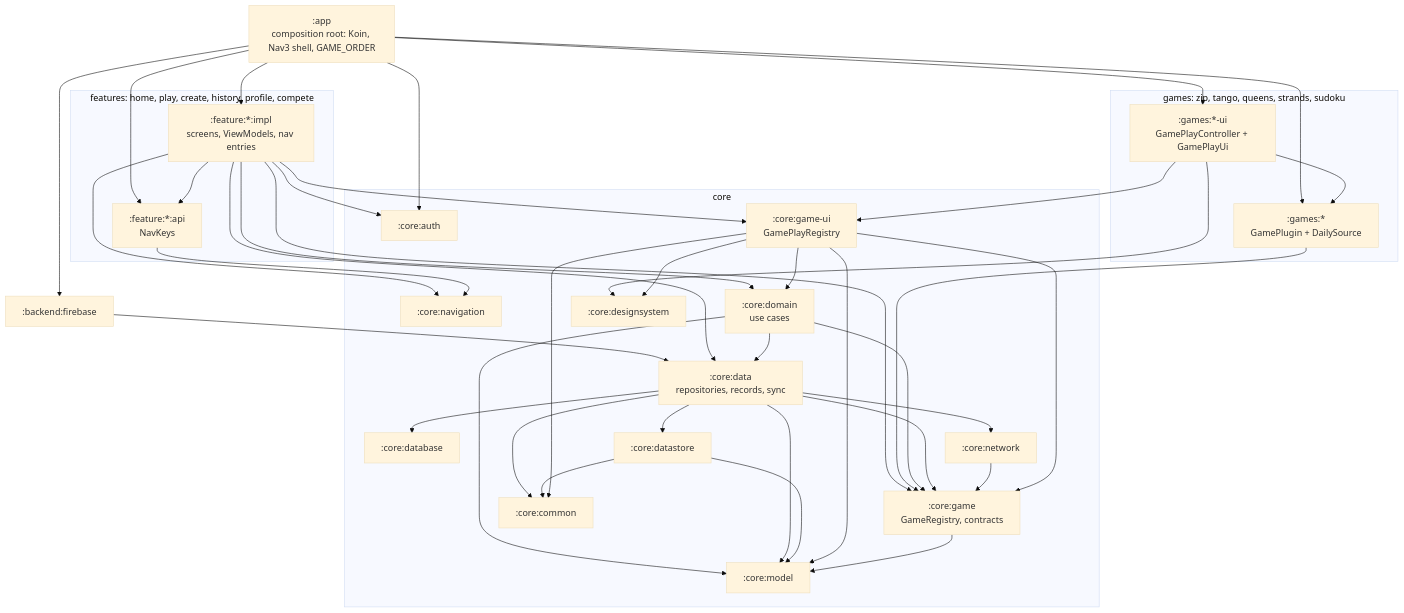
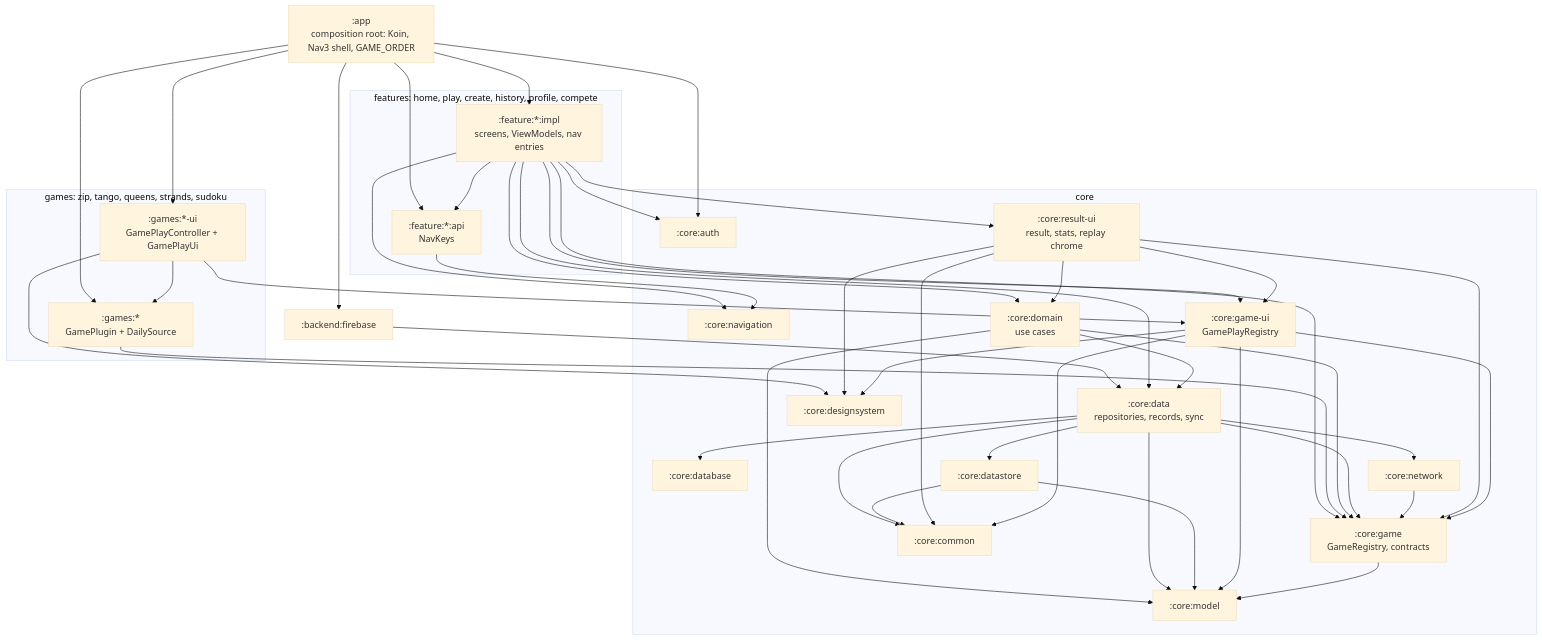
Before and after one commit to ivanDsky/PuzzleBox: the diagram in README.md, drawn with Mermaid (base theme). The commit also changed 6 other files, not shown here.

First line of the commit message:
refactor(game-ui): drop the domain edge and guard the core layer order (ADR-0034) (#1695)

````diff
--- a/README.md
+++ b/README.md
@@ -92,45 +92,47 @@
 ```mermaid
 graph TD
     app[":app<br/>composition root: Koin, Nav3 shell, GAME_ORDER"]
     backend[":backend:firebase"]
 
     subgraph features["features: home, play, create, history, profile, compete"]
         impl[":feature:*:impl<br/>screens, ViewModels, nav entries"]
         api[":feature:*:api<br/>NavKeys"]
     end
 
     subgraph games["games: zip, tango, queens, strands, sudoku"]
         gameui[":games:*-ui<br/>GamePlayController + GamePlayUi"]
         game[":games:*<br/>GamePlugin + DailySource"]
     end
 
     subgraph core["core"]
         auth[":core:auth"]
         navigation[":core:navigation"]
         domain[":core:domain<br/>use cases"]
         data[":core:data<br/>repositories, records, sync"]
         database[":core:database"]
         network[":core:network"]
         datastore[":core:datastore"]
+        resultui[":core:result-ui<br/>result, stats, replay chrome"]
         coregameui[":core:game-ui<br/>GamePlayRegistry"]
         coregame[":core:game<br/>GameRegistry, contracts"]
         designsystem[":core:designsystem"]
         common[":core:common"]
         model[":core:model"]
     end
 
     app --> impl & api & gameui & game & backend & auth
     backend --> data
     impl --> api
-    impl --> auth & navigation & domain & data & coregame & coregameui
+    impl --> auth & navigation & domain & data & coregame & coregameui & resultui
     api --> navigation
     gameui --> game
     gameui --> coregameui & designsystem
     game --> coregame
     domain --> data & coregame & model
     data --> database & network & datastore & coregame & common & model
     network --> coregame
     datastore --> common & model
-    coregameui --> coregame & designsystem & domain & common & model
+    resultui --> coregameui & coregame & designsystem & domain & common
+    coregameui --> coregame & designsystem & common & model
     coregame --> model
 ```
````
